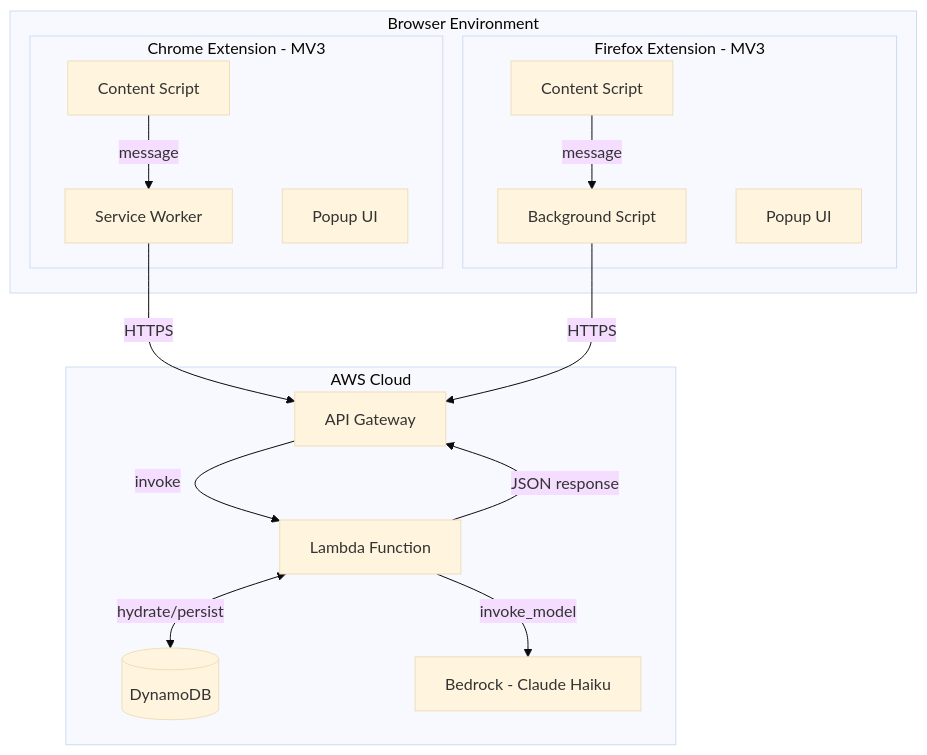
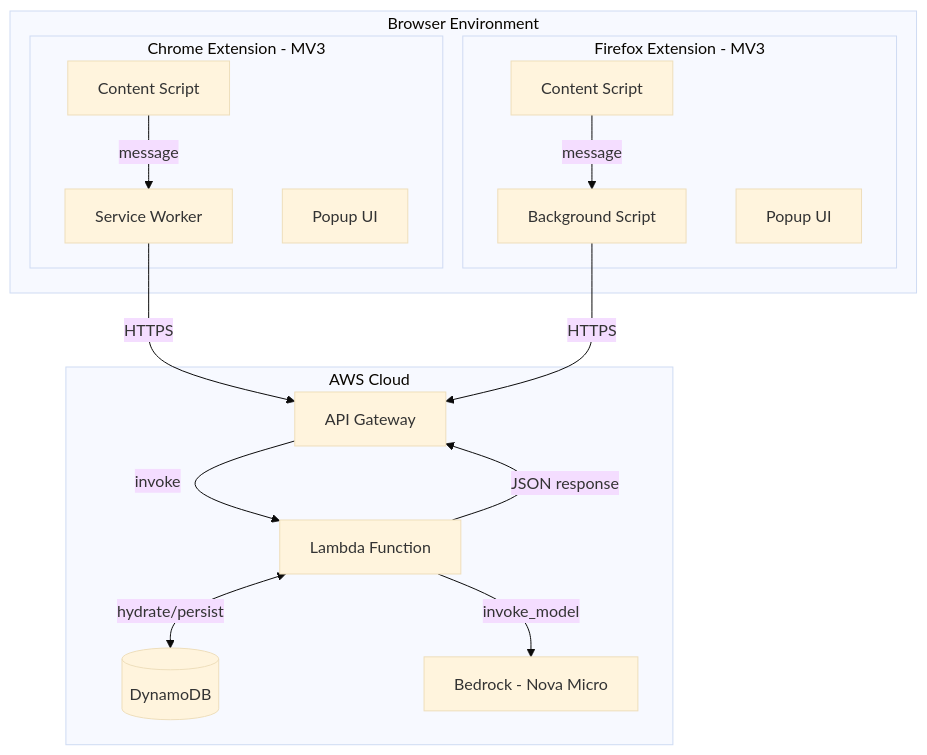
Before and after one commit to martymcenroe/Aletheia: the diagram in docs/architecture/10001b-container-view.md, drawn with Mermaid (base theme). The commit also changed other lines of this file and 14 other files, not shown here.

````diff
--- a/docs/architecture/10001b-container-view.md
+++ b/docs/architecture/10001b-container-view.md
@@ -5,31 +5,31 @@
 ```mermaid
 graph TB
     subgraph Browser [Browser Environment]
         subgraph ExtChrome [Chrome Extension - MV3]
             CS_C[Content Script]
             SW_C[Service Worker]
             Popup_C[Popup UI]
         end
         subgraph ExtFirefox [Firefox Extension - MV3]
             CS_F[Content Script]
             BG_F[Background Script]
             Popup_F[Popup UI]
         end
     end
 
     subgraph AWS [AWS Cloud]
         APIGW[API Gateway]
         Lambda[Lambda Function]
         DDB[(DynamoDB)]
-        Bedrock[Bedrock - Claude Haiku]
+        Bedrock[Bedrock - Nova Micro]
     end
 
     CS_C -->|message| SW_C
     CS_F -->|message| BG_F
     SW_C -->|HTTPS| APIGW
     BG_F -->|HTTPS| APIGW
     APIGW -->|invoke| Lambda
     Lambda <-->|hydrate/persist| DDB
     Lambda -->|invoke_model| Bedrock
     Lambda -->|JSON response| APIGW
 ```
````
